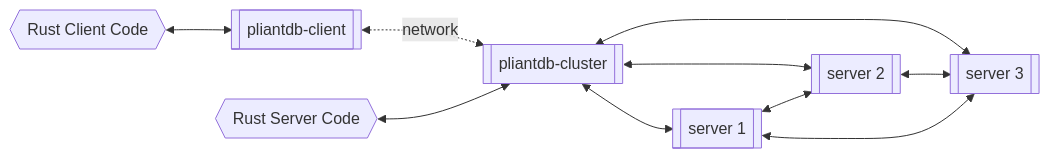
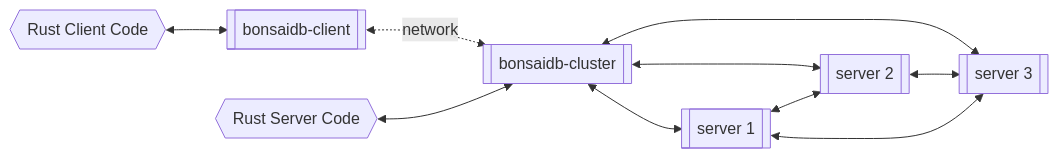
One commit to khonsulabs/bonsaidb changed the fifth of 5 diagrams in book/src/about/access_models.md. Above: the diagram before and after it, drawn with Mermaid. The commit also changed other lines of this file and 110 other files, not shown here.

````diff
--- a/book/src/about/access_models.md
+++ b/book/src/about/access_models.md
@@ -73,19 +73,19 @@
 ```mermaid
 graph LR
   client-code{{Rust Client Code}}
   server-code{{Rust Server Code}}
-  client[[pliantdb-client]]
+  client[[bonsaidb-client]]
   server1[[server 1]]
   server2[[server 2]]
   server3[[server 3]]
-  cluster[[pliantdb-cluster]]
+  cluster[[bonsaidb-cluster]]
   client-code <--> client
   client <-. network .-> cluster
   server-code <--> cluster
   cluster <--> server1
   cluster <--> server2
   cluster <--> server3
   server1 <--> server2
   server2 <--> server3
   server1 <--> server3
 ```
````
